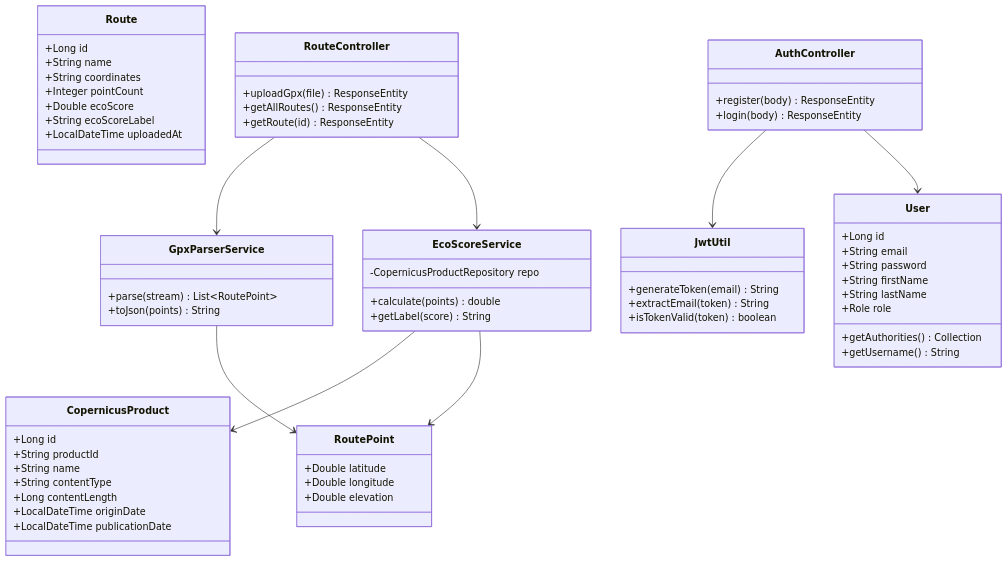
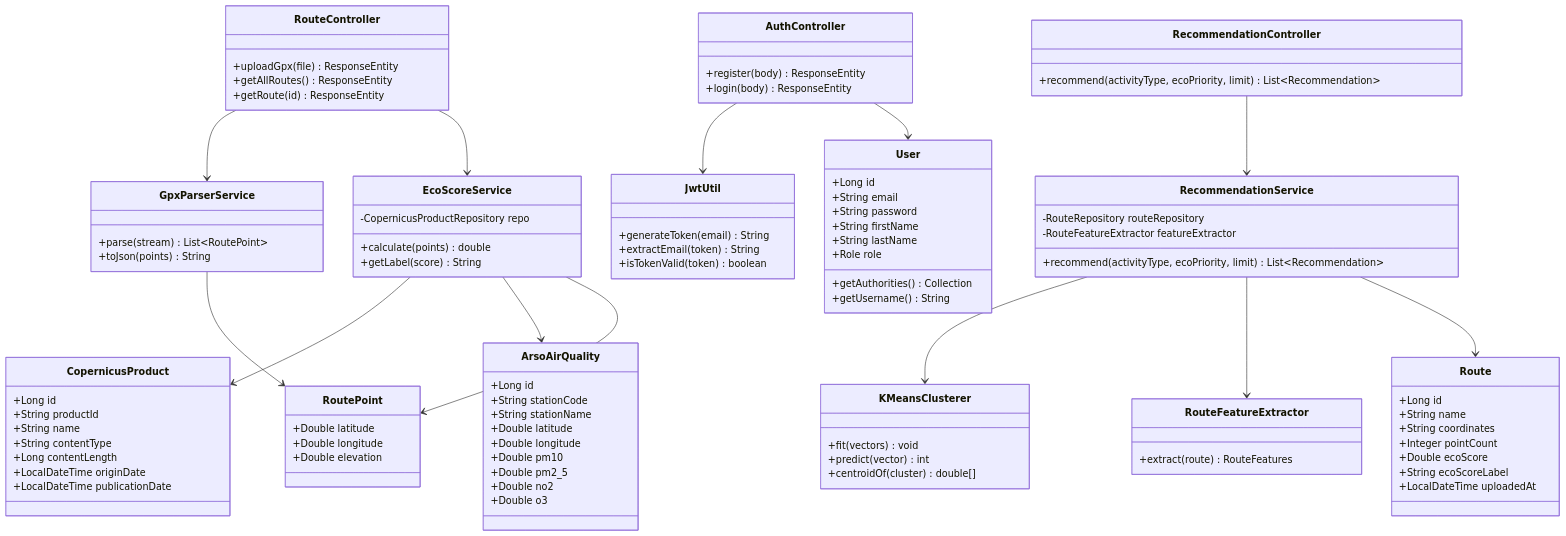
The fifth of 10 diagrams in README.md (Lupet007/ecoflow), drawn with Mermaid before and after one commit. The commit also changed other lines of this file, not shown here.

First line of the commit message:
Rewrite README with feature highlights and refreshed content

````diff
--- a/README.md
+++ b/README.md
@@ -291,6 +367,18 @@
         +LocalDateTime publicationDate
     }
 
+    class ArsoAirQuality {
+        +Long id
+        +String stationCode
+        +String stationName
+        +Double latitude
+        +Double longitude
+        +Double pm10
+        +Double pm2_5
+        +Double no2
+        +Double o3
+    }
+
     class RoutePoint {
         +Double latitude
         +Double longitude
@@ -308,10 +396,30 @@
         +toJson(points) String
     }
 
+    class RecommendationService {
+        -RouteRepository routeRepository
+        -RouteFeatureExtractor featureExtractor
+        +recommend(activityType, ecoPriority, limit) List~Recommendation~
+    }
+
+    class KMeansClusterer {
+        +fit(vectors) void
+        +predict(vector) int
+        +centroidOf(cluster) double[]
+    }
+
+    class RouteFeatureExtractor {
+        +extract(route) RouteFeatures
+    }
+
     class RouteController {
         +uploadGpx(file) ResponseEntity
         +getAllRoutes() ResponseEntity
         +getRoute(id) ResponseEntity
+    }
+
+    class RecommendationController {
+        +recommend(activityType, ecoPriority, limit) List~Recommendation~
     }
 
     class AuthController {
@@ -328,8 +436,13 @@
     RouteController --> GpxParserService
     RouteController --> EcoScoreService
     EcoScoreService --> CopernicusProduct
+    EcoScoreService --> ArsoAirQuality
     EcoScoreService --> RoutePoint
     GpxParserService --> RoutePoint
+    RecommendationController --> RecommendationService
+    RecommendationService --> KMeansClusterer
+    RecommendationService --> RouteFeatureExtractor
+    RecommendationService --> Route
     AuthController --> JwtUtil
     AuthController --> User
 ```
````
